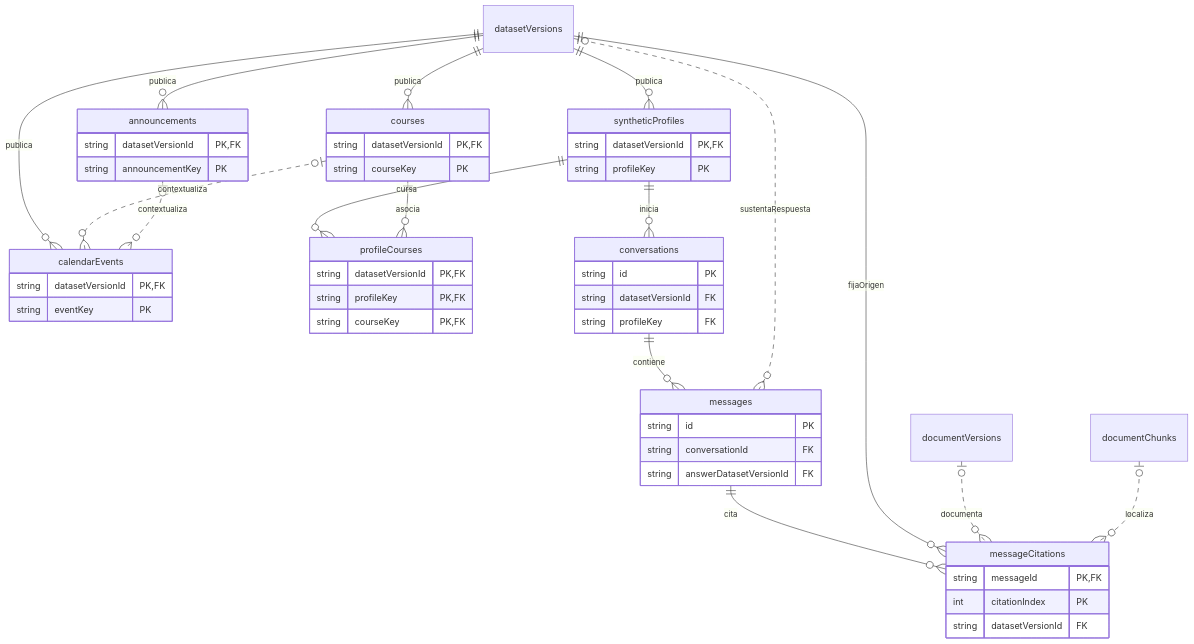
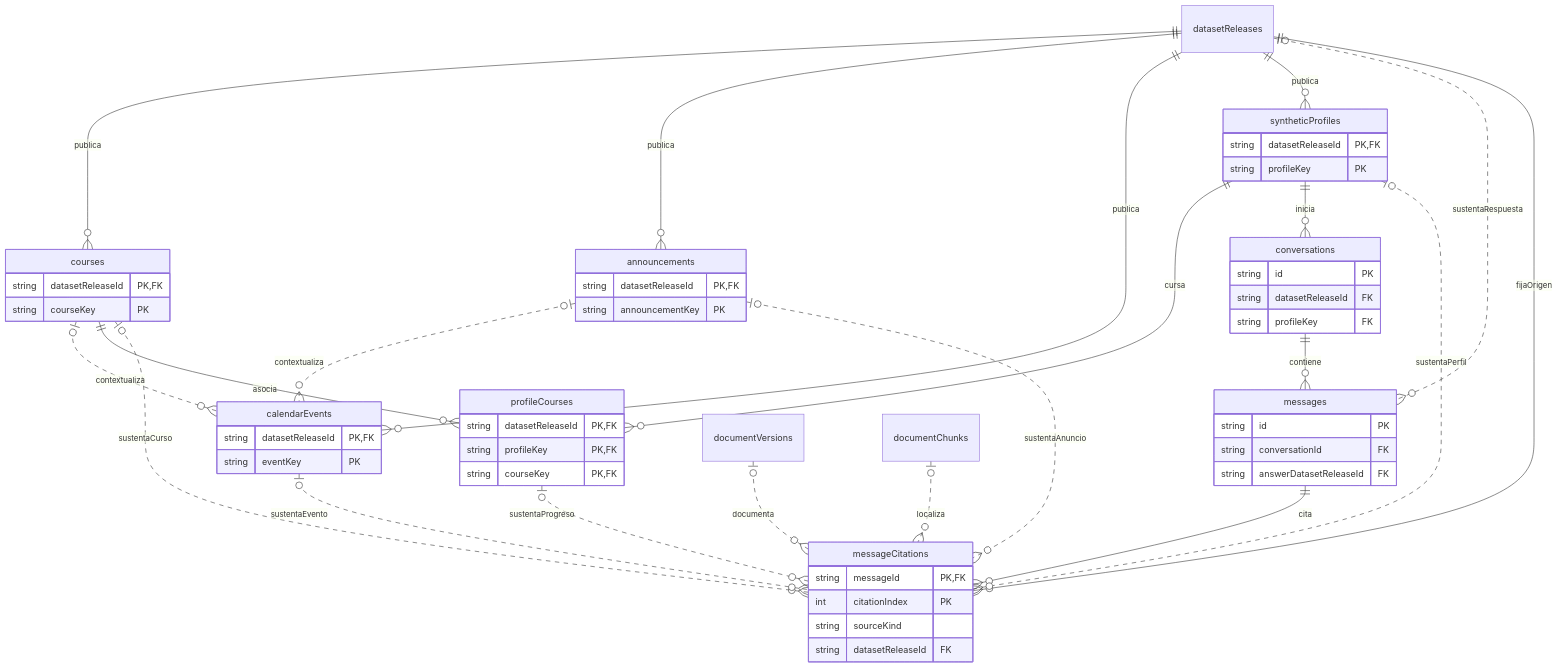
The second of 2 diagrams in docs/modelo-datos.md (XeyKG/BanuChat_), drawn with Mermaid before and after one commit. The commit also changed other lines of this file and 1 other file, not shown here.

First line of the commit message:
Actualiza modelo de datos y ADR de releases

````diff
--- a/docs/modelo-datos.md
+++ b/docs/modelo-datos.md
@@ -360,54 +405,60 @@
 ```mermaid
 erDiagram
-    datasetVersions ||--o{ courses : publica
-    datasetVersions ||--o{ announcements : publica
-    datasetVersions ||--o{ calendarEvents : publica
-    datasetVersions ||--o{ syntheticProfiles : publica
+    datasetReleases ||--o{ courses : publica
+    datasetReleases ||--o{ announcements : publica
+    datasetReleases ||--o{ calendarEvents : publica
+    datasetReleases ||--o{ syntheticProfiles : publica
     courses o|..o{ calendarEvents : contextualiza
     announcements o|..o{ calendarEvents : contextualiza
     syntheticProfiles ||--o{ profileCourses : cursa
     courses ||--o{ profileCourses : asocia
     syntheticProfiles ||--o{ conversations : inicia
     conversations ||--o{ messages : contiene
-    datasetVersions o|..o{ messages : sustentaRespuesta
+    datasetReleases o|..o{ messages : sustentaRespuesta
     messages ||--o{ messageCitations : cita
-    datasetVersions ||--o{ messageCitations : fijaOrigen
+    datasetReleases ||--o{ messageCitations : fijaOrigen
     documentVersions o|..o{ messageCitations : documenta
     documentChunks o|..o{ messageCitations : localiza
+    courses o|..o{ messageCitations : sustentaCurso
+    calendarEvents o|..o{ messageCitations : sustentaEvento
+    announcements o|..o{ messageCitations : sustentaAnuncio
+    syntheticProfiles o|..o{ messageCitations : sustentaPerfil
+    profileCourses o|..o{ messageCitations : sustentaProgreso
     courses {
-        string datasetVersionId PK, FK
+        string datasetReleaseId PK, FK
         string courseKey PK
     }
     announcements {
-        string datasetVersionId PK, FK
+        string datasetReleaseId PK, FK
         string announcementKey PK
     }
     calendarEvents {
-        string datasetVersionId PK, FK
+        string datasetReleaseId PK, FK
         string eventKey PK
     }
     syntheticProfiles {
-        string datasetVersionId PK, FK
+        string datasetReleaseId PK, FK
         string profileKey PK
     }
     profileCourses {
-        string datasetVersionId PK, FK
+        string datasetReleaseId PK, FK
         string profileKey PK, FK
         string courseKey PK, FK
     }
     conversations {
         string id PK
-        string datasetVersionId FK
+        string datasetReleaseId FK
         string profileKey FK
     }
     messages {
         string id PK
         string conversationId FK
-        string answerDatasetVersionId FK
+        string answerDatasetReleaseId FK
     }
     messageCitations {
         string messageId PK, FK
         int citationIndex PK
-        string datasetVersionId FK
+        string sourceKind
+        string datasetReleaseId FK
     }
 ```
````
